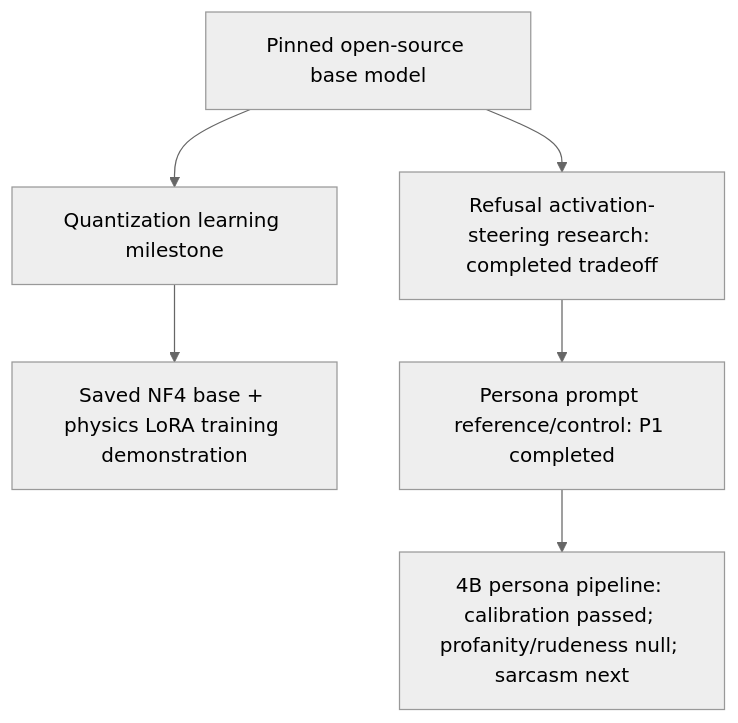
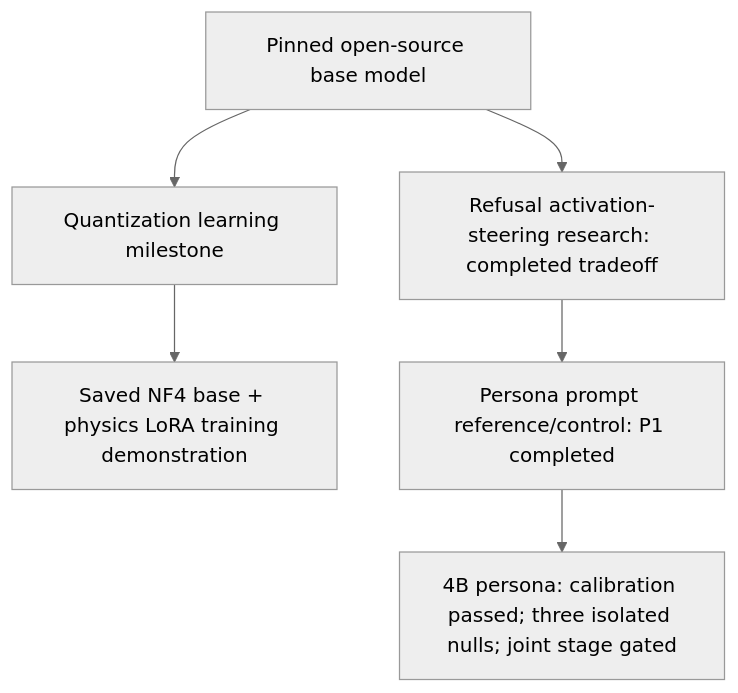
Before and after one commit to RenormalizationTech/tuneLLM: the diagram in docs/project_tracks.md, drawn with Mermaid (neutral theme). The commit also changed other lines of this file and 7 other files, not shown here.

Commit message:
Close isolated 4B persona pilots and document next research choice

````diff
--- a/docs/project_tracks.md
+++ b/docs/project_tracks.md
@@ -40,8 +42,8 @@
 ```mermaid
 flowchart TD
     Base["Pinned open-source base model"] --> Quant["Quantization learning milestone"]
     Quant --> Physics["Saved NF4 base + physics LoRA training demonstration"]
     Base --> Refusal["Refusal activation-steering research: completed tradeoff"]
     Refusal --> Prompt["Persona prompt reference/control: P1 completed"]
-    Prompt --> Persona["4B persona pipeline: calibration passed; profanity/rudeness null; sarcasm next"]
+    Prompt --> Persona["4B persona: calibration passed; three isolated nulls; joint stage gated"]
 ```
````
